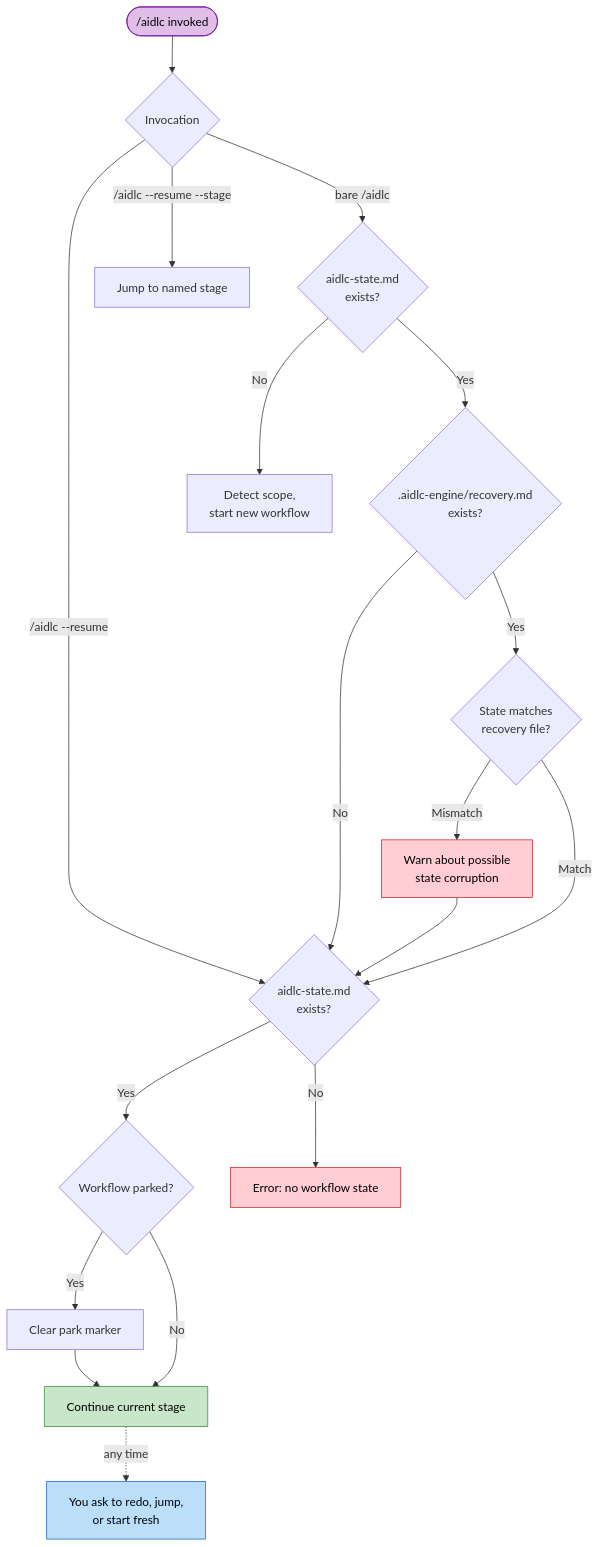
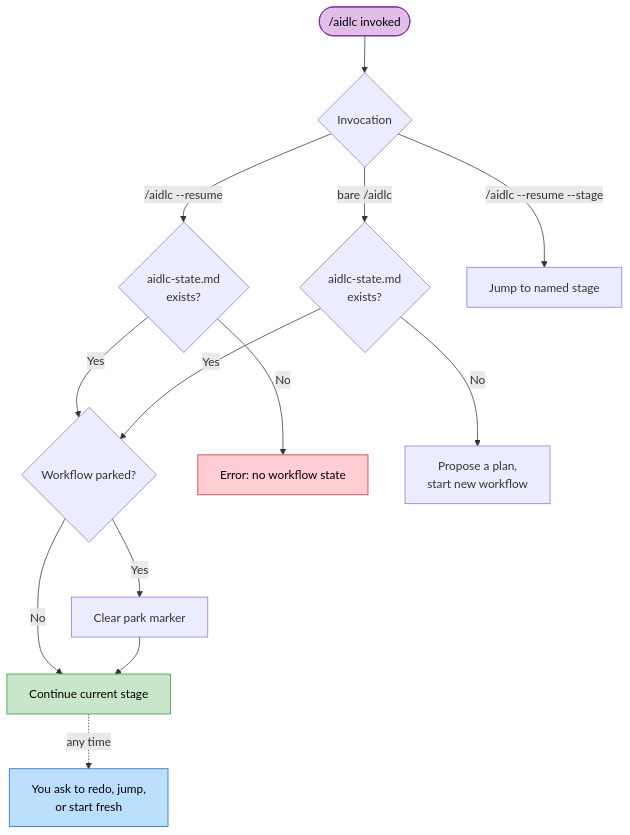
The diagram in docs/guide/11-session-management.md (HailsTails/aidlc-workflows), drawn with Mermaid before and after one commit. The commit also changed other lines of this file and 2024 other files, not shown here.

````diff
--- a/docs/guide/11-session-management.md
+++ b/docs/guide/11-session-management.md
@@ -18,41 +18,32 @@
 ```mermaid
 flowchart TD
     START(["/aidlc invoked"])
     MODE{"Invocation"}
     STATE_EXISTS{"aidlc-state.md\nexists?"}
-    RECOVERY_CHECK{".aidlc-engine/recovery.md\nexists?"}
-    CORRUPTION{"State matches\nrecovery file?"}
-    WARN["Warn about possible\nstate corruption"]
     RESUME_STATE{"aidlc-state.md\nexists?"}
     PARKED{"Workflow parked?"}
     UNPARK["Clear park marker"]
     CONTINUE["Continue current stage"]
     OTHER["You ask to redo, jump,\nor start fresh"]
     JUMP["Jump to named stage"]
     NO_STATE["Error: no workflow state"]
-    SCOPE_DETECT["Detect scope,\nstart new workflow"]
+    SCOPE_DETECT["Propose a plan,\nstart new workflow"]
 
     START --> MODE
     MODE -->|"bare /aidlc"| STATE_EXISTS
     MODE -->|"/aidlc --resume"| RESUME_STATE
     MODE -->|"/aidlc --resume --stage"| JUMP
-    STATE_EXISTS -->|Yes| RECOVERY_CHECK
+    STATE_EXISTS -->|Yes| PARKED
     STATE_EXISTS -->|No| SCOPE_DETECT
-
-    RECOVERY_CHECK -->|Yes| CORRUPTION
-    RECOVERY_CHECK -->|No| RESUME_STATE
-    CORRUPTION -->|Mismatch| WARN --> RESUME_STATE
-    CORRUPTION -->|Match| RESUME_STATE
 
     RESUME_STATE -->|No| NO_STATE
     RESUME_STATE -->|Yes| PARKED
     PARKED -->|Yes| UNPARK --> CONTINUE
     PARKED -->|No| CONTINUE
     CONTINUE -.->|"any time"| OTHER
 
     style START fill:#e1bee7,stroke:#7b1fa2,color:#000
     style OTHER fill:#bbdefb,stroke:#1565c0,color:#000
     style CONTINUE fill:#c8e6c9,stroke:#388e3c,color:#000
-    style WARN fill:#ffcdd2,stroke:#c62828,color:#000
     style NO_STATE fill:#ffcdd2,stroke:#c62828,color:#000
 ```
````
